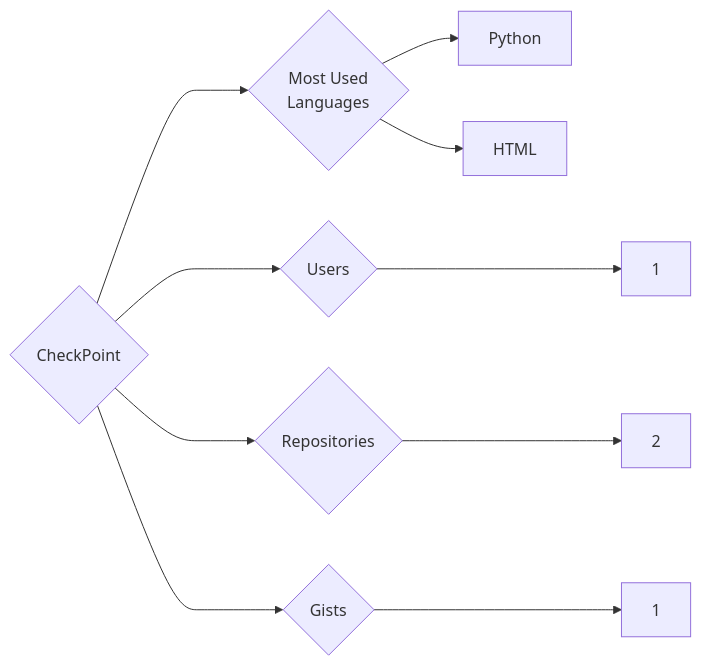
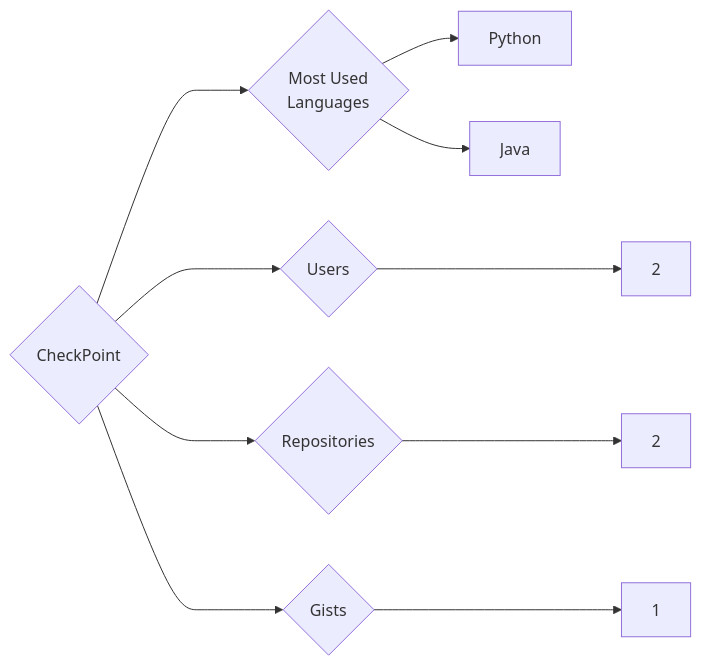
Before and after one commit to trickest/insiders: the diagram in targets/CheckPoint/README.md, drawn with Mermaid. The commit also changed 985 other files, not shown here.

````diff
--- a/targets/CheckPoint/README.md
+++ b/targets/CheckPoint/README.md
@@ -3,10 +3,10 @@
 ```mermaid
 graph LR
 COMPANY_NAME{CheckPoint}
-COMPANY_NAME ---> U{Users} ---> UN[1]
+COMPANY_NAME ---> U{Users} ---> UN[2]
 COMPANY_NAME ---> R{Repositories} ---> RN[2]
 COMPANY_NAME ---> G{Gists} ---> GN[1]
 COMPANY_NAME ---> ML{Most Used<br>Languages}
 ML --> Python[Python]
-ML --> HTML[HTML]
+ML --> Java[Java]
 ```
````
